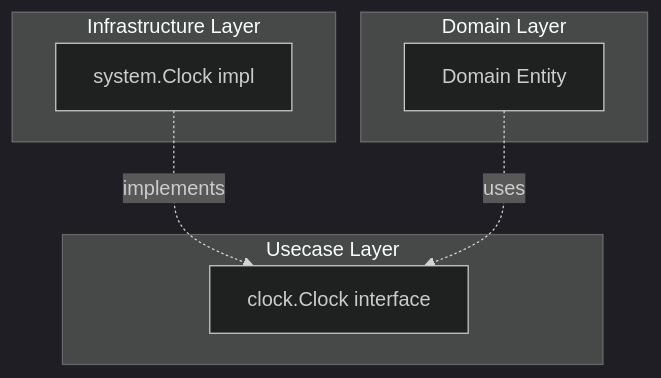
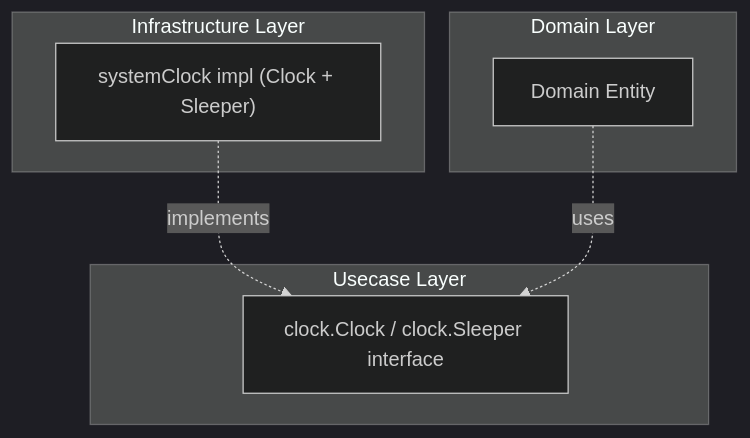
The diagram in internal/infrastructure/system/README.md (Tomy-ch/go-boilerplate), drawn with Mermaid (dark theme) before and after one commit. The commit also changed other lines of this file and 114 other files, not shown here.

````diff
--- a/internal/infrastructure/system/README.md
+++ b/internal/infrastructure/system/README.md
@@ -9,15 +16,15 @@
 ```mermaid
 flowchart TB
     subgraph "Usecase Layer"
-        IF["clock.Clock interface"]
+        IF["clock.Clock / clock.Sleeper interface"]
     end
     subgraph "Infrastructure Layer"
-        Impl["system.Clock impl"]
+        Impl["systemClock impl (Clock + Sleeper)"]
     end
     subgraph "Domain Layer"
         Domain["Domain Entity"]
     end
 
     Impl -. implements .-> IF
     Domain -. uses .-> IF
 ```
````
